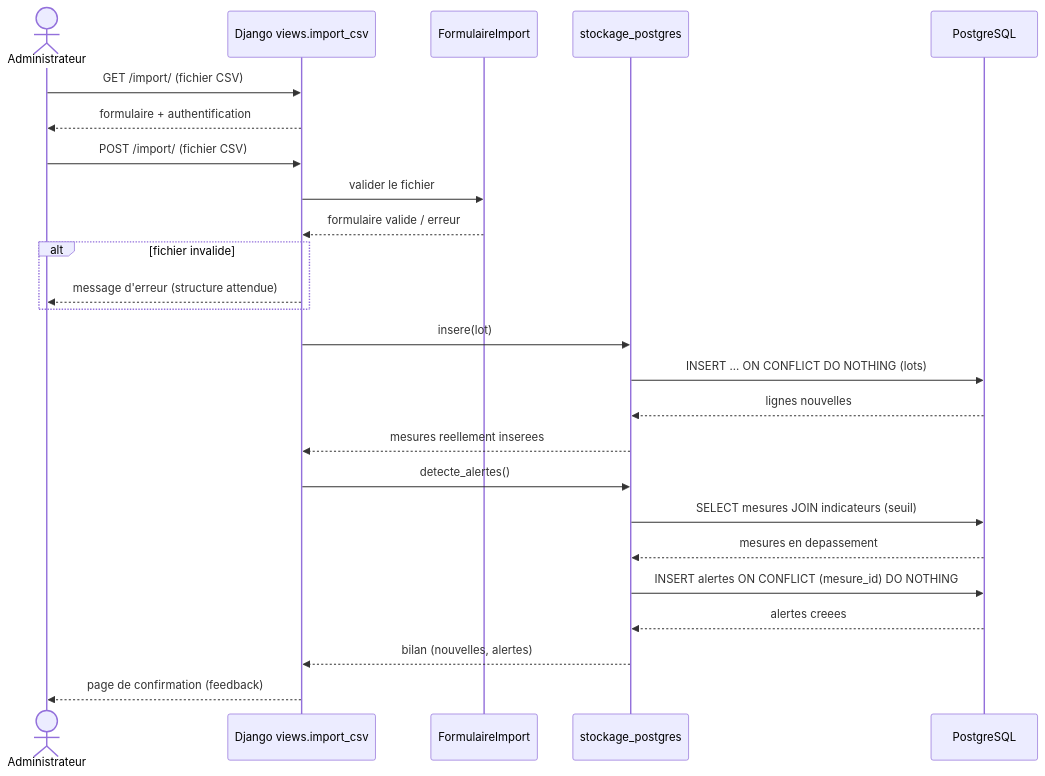
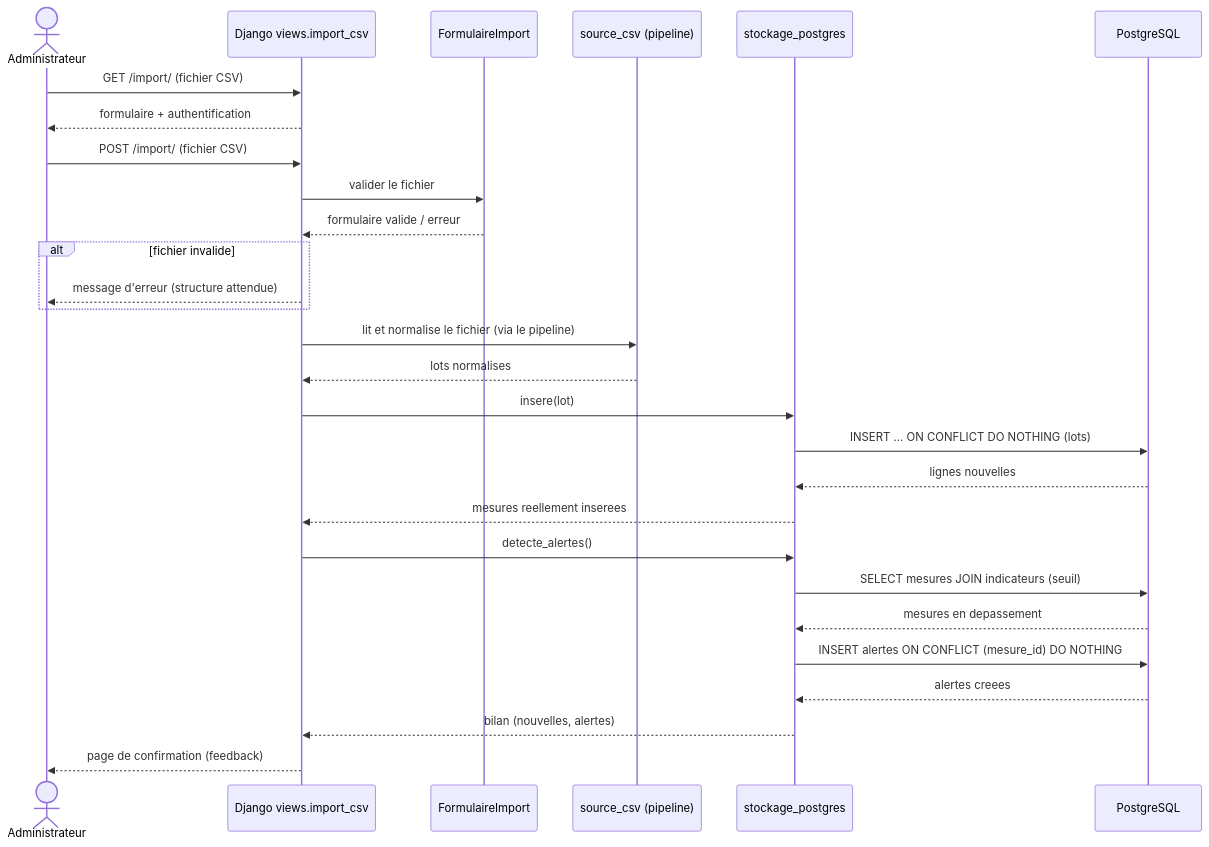
Before and after one commit to ExpertAsAService/citydatahub: the diagram in docs/uml/sequence.mmd, drawn with Mermaid. The commit also changed 2 other files, not shown here.

```diff
--- a/docs/uml/sequence.mmd
+++ b/docs/uml/sequence.mmd
@@ -1,26 +1,29 @@
 sequenceDiagram
     actor U as Administrateur
     participant DJ as Django views.import_csv
     participant FO as FormulaireImport
+    participant SC as source_csv (pipeline)
     participant ST as stockage_postgres
     participant PG as PostgreSQL
 
     U->>DJ: GET /import/ (fichier CSV)
     DJ-->>U: formulaire + authentification
     U->>DJ: POST /import/ (fichier CSV)
     DJ->>FO: valider le fichier
     FO-->>DJ: formulaire valide / erreur
     alt fichier invalide
         DJ-->>U: message d'erreur (structure attendue)
     end
+    DJ->>SC: lit et normalise le fichier (via le pipeline)
+    SC-->>DJ: lots normalises
     DJ->>ST: insere(lot)
     ST->>PG: INSERT ... ON CONFLICT DO NOTHING (lots)
     PG-->>ST: lignes nouvelles
     ST-->>DJ: mesures reellement inserees
     DJ->>ST: detecte_alertes()
     ST->>PG: SELECT mesures JOIN indicateurs (seuil)
     PG-->>ST: mesures en depassement
     ST->>PG: INSERT alertes ON CONFLICT (mesure_id) DO NOTHING
     PG-->>ST: alertes creees
     ST-->>DJ: bilan (nouvelles, alertes)
     DJ-->>U: page de confirmation (feedback)
```
